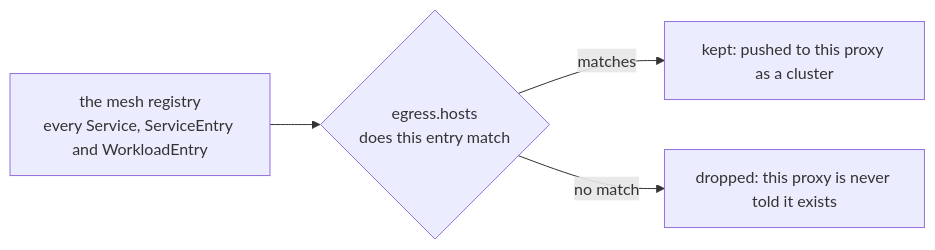
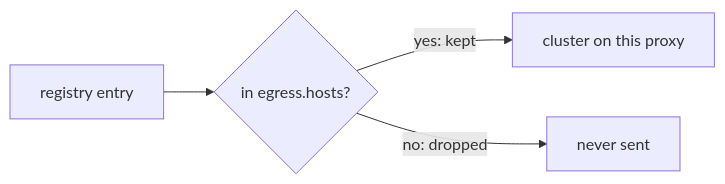
One commit to astrona-io/ATS014 changed the first of 2 diagrams in sections/section-010/module-02/course-02-the-sidecar-object-and-host-language.md. Above: the diagram before and after it, drawn with Mermaid. The commit also changed other lines of this file and 444 other files, not shown here.

````diff
--- a/sections/section-010/module-02/course-02-the-sidecar-object-and-host-language.md
+++ b/sections/section-010/module-02/course-02-the-sidecar-object-and-host-language.md
@@ -75,6 +73,6 @@
 ```mermaid
 flowchart LR
-    R["the mesh registry<br/>every Service, ServiceEntry and WorkloadEntry"] --> F{"egress.hosts<br/>does this entry match"}
-    F -->|"matches"| K["kept: pushed to this proxy as a cluster"]
-    F -->|"no match"| D["dropped: this proxy is never told it exists"]
+    R["registry entry"] --> F{"in egress.hosts?"}
+    F -->|"yes: kept"| K["cluster on this proxy"]
+    F -->|"no: dropped"| D["never sent"]
 ```
````
